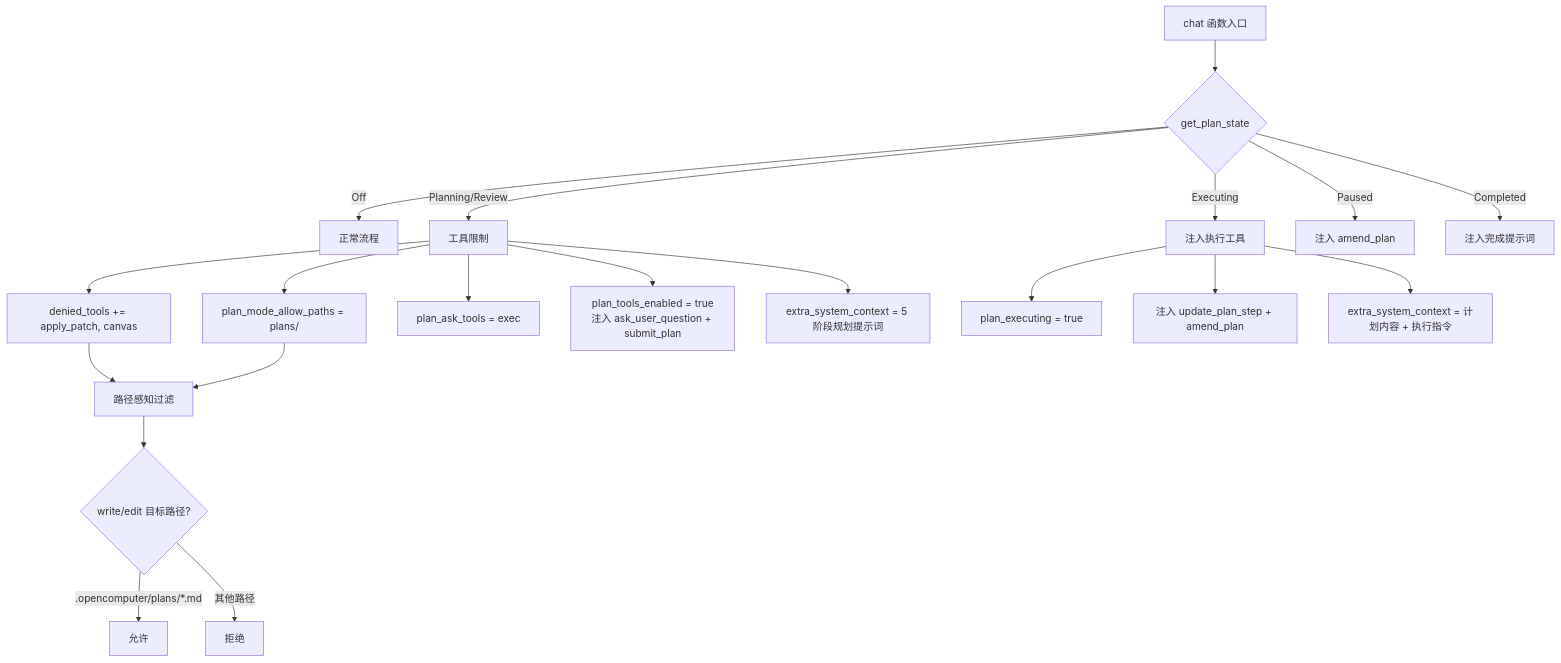
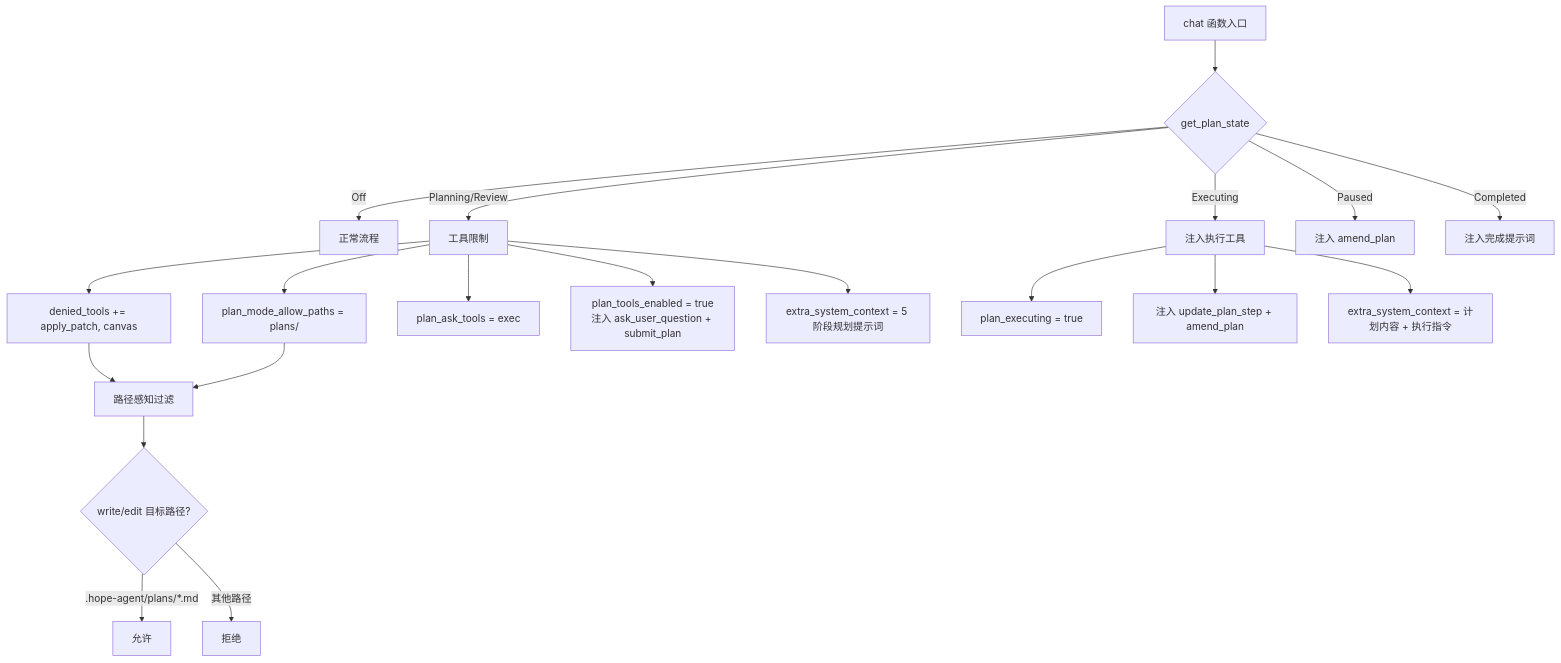
Before and after one commit to shiwenwen/hope-agent: the third of 16 diagrams in docs/architecture/plan-mode.md, drawn with Mermaid. The commit also changed other lines of this file and 727 other files, not shown here.

First line of the commit message:
chore(rename): OpenComputer → Hope Agent（随 0.1.0 首发一把切换）

````diff
--- a/docs/architecture/plan-mode.md
+++ b/docs/architecture/plan-mode.md
@@ -303,25 +303,25 @@
 ```mermaid
 flowchart TD
     A[chat 函数入口] --> B{get_plan_state}
     B -->|Off| C[正常流程]
     B -->|Planning/Review| D[工具限制]
     B -->|Executing| E[注入执行工具]
     B -->|Paused| F[注入 amend_plan]
     B -->|Completed| G[注入完成提示词]
 
     D --> D1["denied_tools += apply_patch, canvas"]
     D --> D2["plan_mode_allow_paths = plans/"]
     D --> D3["plan_ask_tools = exec"]
     D --> D4["plan_tools_enabled = true<br/>注入 ask_user_question + submit_plan"]
     D --> D5["extra_system_context = 5 阶段规划提示词"]
 
     D1 --> H[路径感知过滤]
     D2 --> H
     H --> H1{write/edit 目标路径?}
-    H1 -->|.opencomputer/plans/*.md| H2[允许]
+    H1 -->|.hope-agent/plans/*.md| H2[允许]
     H1 -->|其他路径| H3[拒绝]
 
     E --> E1["plan_executing = true"]
     E --> E2["注入 update_plan_step + amend_plan"]
     E --> E3["extra_system_context = 计划内容 + 执行指令"]
 ```
````
